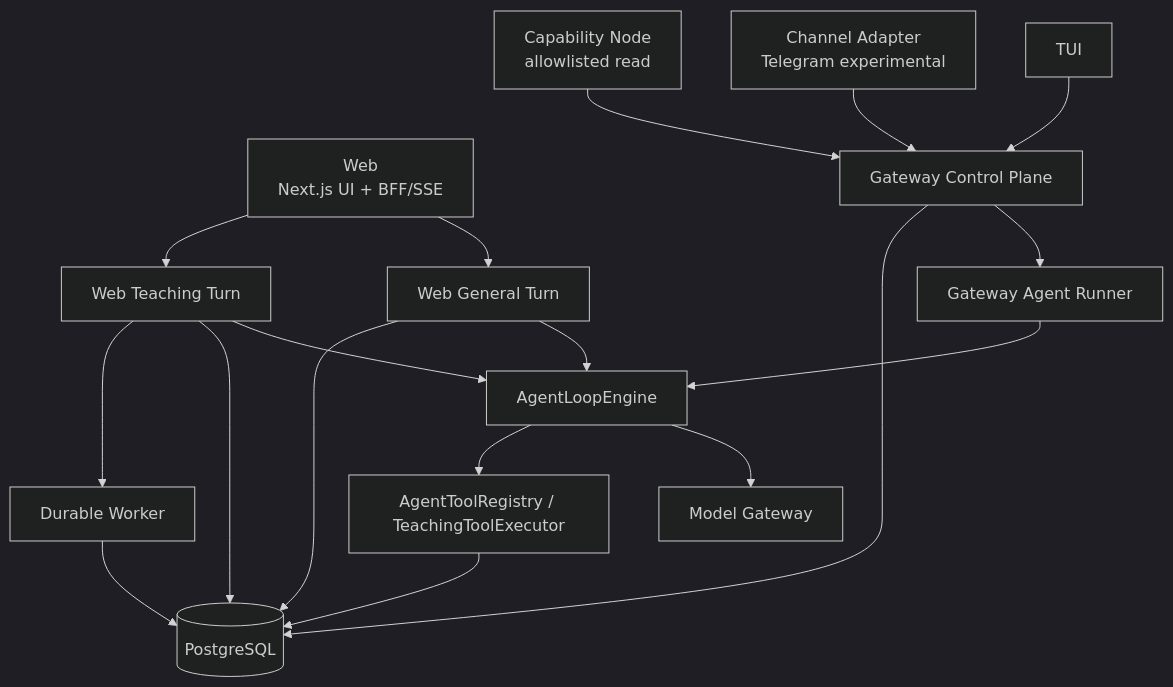
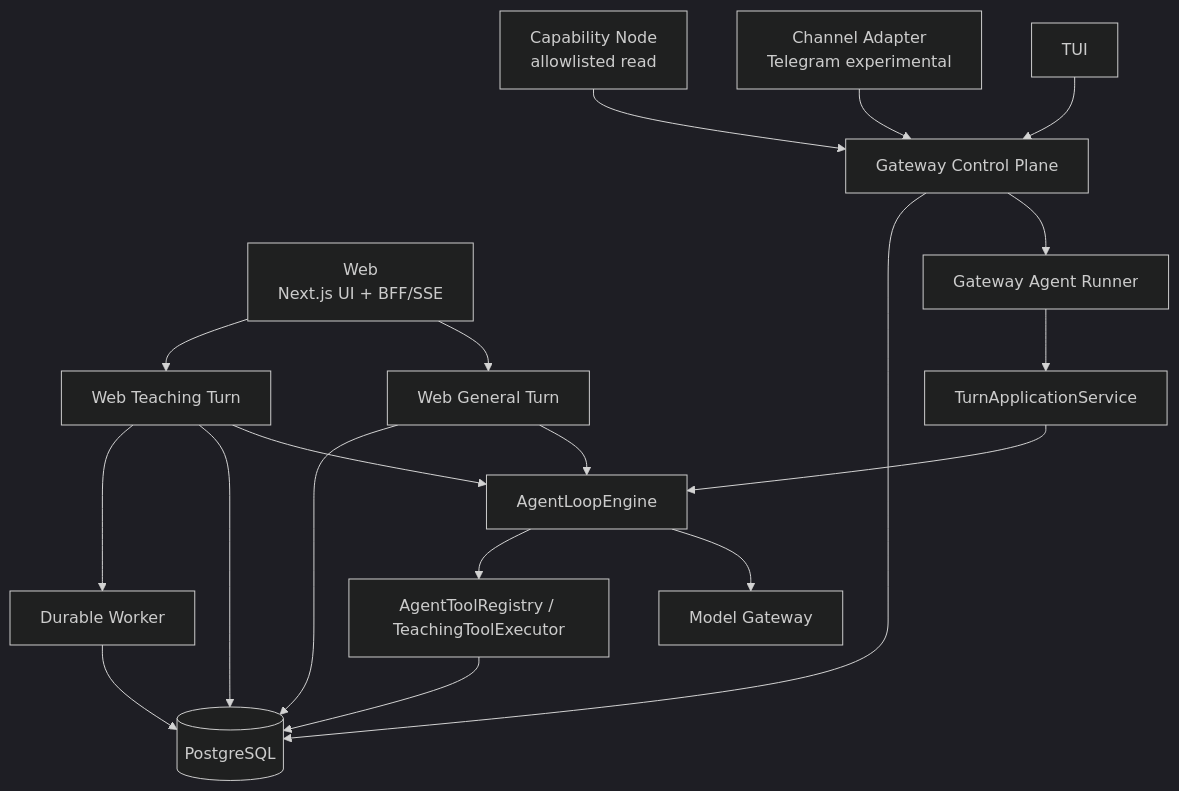
One commit to Timcai06/EduCanvas changed the diagram in docs/02-architecture/01-系统架构现状.md. Above: the diagram before and after it, drawn with Mermaid (dark theme). The commit also changed other lines of this file and 16 other files, not shown here.

Commit message:
feat: 迁移 Gateway 到统一 Turn Application (#120)

````diff
--- a/docs/02-architecture/01-系统架构现状.md
+++ b/docs/02-architecture/01-系统架构现状.md
@@ -20,27 +20,28 @@
 ```mermaid
 flowchart TB
     Web["Web\nNext.js UI + BFF/SSE"]
     TUI["TUI"]
     Channel["Channel Adapter\nTelegram experimental"]
     Node["Capability Node\nallowlisted read"]
 
     Web --> WebGeneral["Web General Turn"]
     Web --> WebTeaching["Web Teaching Turn"]
     WebGeneral --> Loop["AgentLoopEngine"]
     WebTeaching --> Loop
 
     TUI --> Gateway["Gateway Control Plane"]
     Channel --> Gateway
     Node --> Gateway
     Gateway --> GatewayRunner["Gateway Agent Runner"]
-    GatewayRunner --> Loop
+    GatewayRunner --> TurnApp["TurnApplicationService"]
+    TurnApp --> Loop
 
     Loop --> Model["Model Gateway"]
     Loop --> Tools["AgentToolRegistry / TeachingToolExecutor"]
     Gateway --> DB[(PostgreSQL)]
     WebGeneral --> DB
     WebTeaching --> DB
     Tools --> DB
     WebTeaching --> Worker["Durable Worker"]
     Worker --> DB
 ```
````
